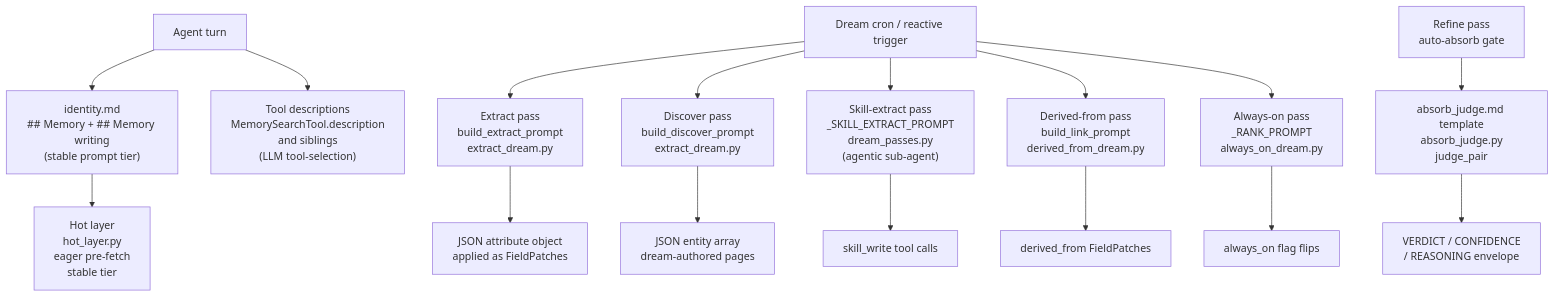
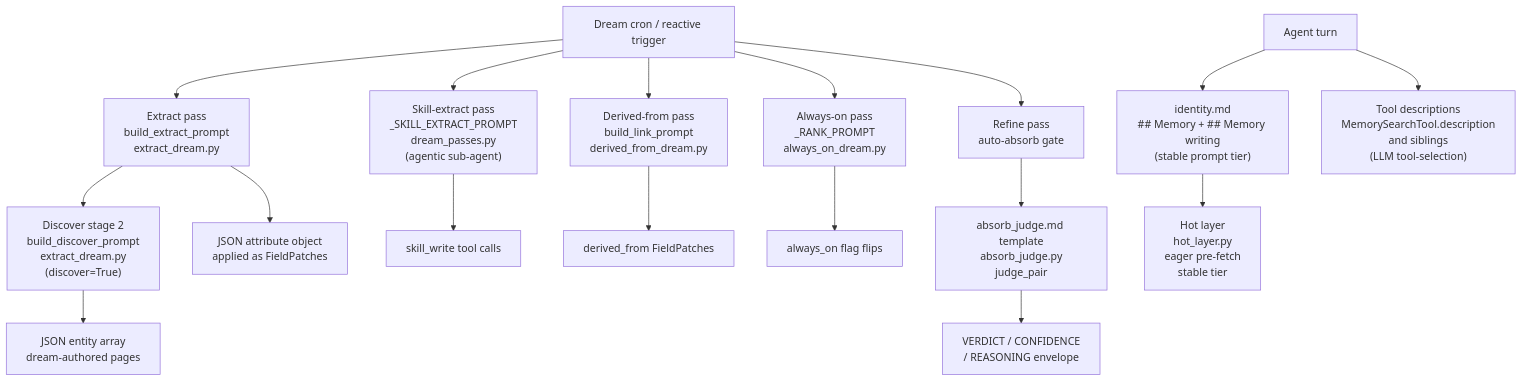
One commit to mmarmol/durin changed the diagram in docs/internals/memory/06_prompts_and_instructions.md. Above: the diagram before and after it, drawn with Mermaid. The commit also changed other lines of this file and 14 other files, not shown here.

Commit message:
docs(internals): correct factual/diagram findings from Phase 4 review (CLI signatures, config keys, routes, dream passes, registry roles)

````diff
--- a/docs/internals/memory/06_prompts_and_instructions.md
+++ b/docs/internals/memory/06_prompts_and_instructions.md
@@ -25,22 +25,23 @@
 ```mermaid
 flowchart TD
     A["Agent turn"] --> B["identity.md\n## Memory + ## Memory writing\n(stable prompt tier)"]
     A --> C["Tool descriptions\nMemorySearchTool.description\nand siblings\n(LLM tool-selection)"]
 
     D["Dream cron / reactive trigger"] --> E["Extract pass\nbuild_extract_prompt\nextract_dream.py"]
-    D --> F["Discover pass\nbuild_discover_prompt\nextract_dream.py"]
     D --> G["Skill-extract pass\n_SKILL_EXTRACT_PROMPT\ndream_passes.py\n(agentic sub-agent)"]
     D --> H["Derived-from pass\nbuild_link_prompt\nderived_from_dream.py"]
     D --> I["Always-on pass\n_RANK_PROMPT\nalways_on_dream.py"]
+    D --> J["Refine pass\nauto-absorb gate"]
 
-    J["Refine pass\nauto-absorb gate"] --> K["absorb_judge.md template\nabsorb_judge.py\njudge_pair"]
+    E --> F["Discover stage 2\nbuild_discover_prompt\nextract_dream.py\n(discover=True)"]
+    J --> K["absorb_judge.md template\nabsorb_judge.py\njudge_pair"]
 
     E --> L["JSON attribute object\napplied as FieldPatches"]
     F --> M["JSON entity array\ndream-authored pages"]
     G --> N["skill_write tool calls"]
     H --> O["derived_from FieldPatches"]
     I --> P["always_on flag flips"]
     K --> Q["VERDICT / CONFIDENCE\n/ REASONING envelope"]
 
     B --> R["Hot layer\nhot_layer.py\neager pre-fetch\nstable tier"]
 ```
````
